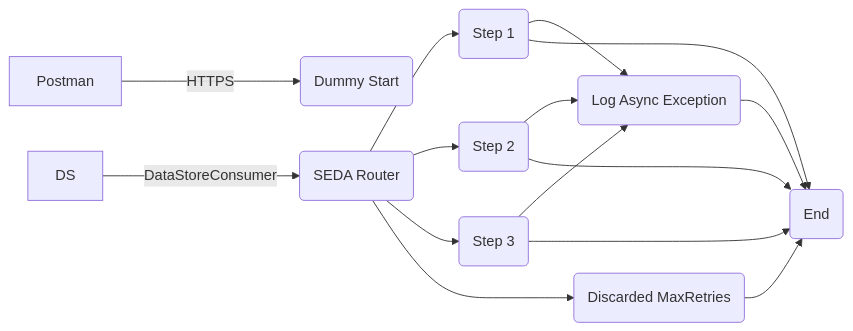
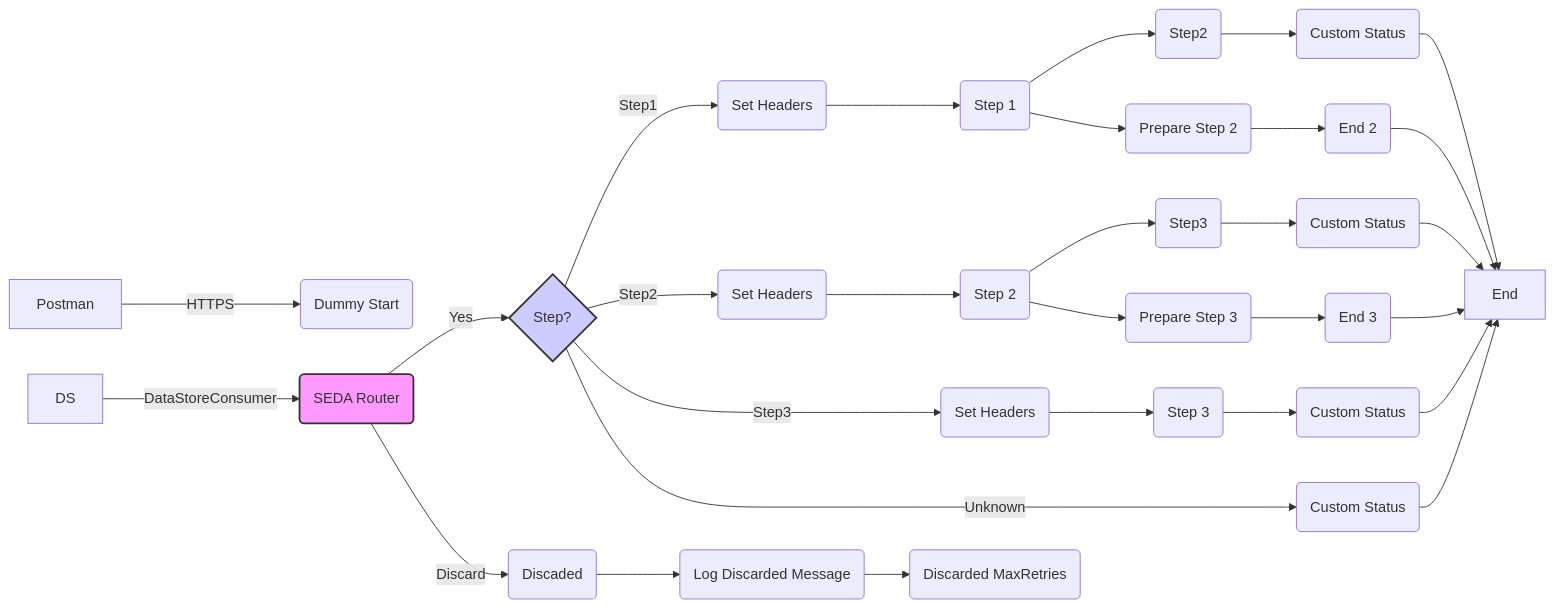
Before and after one commit to Avvale-IA-CICD/AvvaleCPI: the diagram in MMZ - Cell Iflows/SEDA_Model_-_Single_DS_-_Restart_and_Discard_MMZ-1.0.1/readme.md, drawn with Mermaid. The commit also changed other lines of this file, not shown here.

Commit message:
Add/update documentation for SEDA_Model_-_Single_DS_-_Restart_and_Discard_MMZ v1.0.1

````diff
--- a/MMZ - Cell Iflows/SEDA_Model_-_Single_DS_-_Restart_and_Discard_MMZ-1.0.1/readme.md
+++ b/MMZ - Cell Iflows/SEDA_Model_-_Single_DS_-_Restart_and_Discard_MMZ-1.0.1/readme.md
@@ -4,28 +4,35 @@
 ```mermaid
 graph LR
-    Postman[Postman]
-    DS[DS]
-    DummyStart(Dummy Start)
-    SEDARouter(SEDA Router)
-    Step1(Step 1)
-    Step2(Step 2)
-    Step3(Step 3)
-    LogAsyncException(Log Async Exception)
-    DiscardedMaxRetries(Discarded MaxRetries)
-    End(End)
+    Postman -->|HTTPS| DummyStart(Dummy Start)
+    DS -->|DataStoreConsumer| SEDARouter(SEDA Router)
+    SEDARouter -- Yes --> StepDecision{Step?}
+    StepDecision -- Step1 --> SetHeaders1(Set Headers)
+    StepDecision -- Step2 --> SetHeaders2(Set Headers)
+    StepDecision -- Step3 --> SetHeaders3(Set Headers)
+    StepDecision -- Unknown --> CustomStatusUnknown(Custom Status)
+    SetHeaders1 --> Step1(Step 1)
+    SetHeaders2 --> Step2(Step 2)
+    SetHeaders3 --> Step3ProcessCall(Step 3)
+    Step1 --> Step2DBStorage(Step2)
+    Step2 --> Step3DBStorage(Step3)
+    Step3ProcessCall --> CustomStatusStep3(Custom Status)
+    Step2DBStorage --> CustomStatusStep1(Custom Status)
+    Step3DBStorage --> CustomStatusStep2(Custom Status)
+    CustomStatusStep1 --> End
+    CustomStatusStep2 --> End
+    CustomStatusStep3 --> End
+    CustomStatusUnknown --> End
+    SEDARouter -- Discard --> CustomStatusDiscard(Discaded)
+    CustomStatusDiscard --> LogDiscardedMessage(Log Discarded Message)
+    LogDiscardedMessage --> EndDiscard(Discarded MaxRetries)
+    Step1 --> PrepareStep2(Prepare Step 2)
+    PrepareStep2 --> EndStep1(End 2)
+    Step2 --> PrepareStep3(Prepare Step 3)
+    PrepareStep3 --> EndStep2(End 3)
+    EndStep1 --> End
+    EndStep2 --> End
 
-    Postman -- HTTPS --> DummyStart
-    DS -- DataStoreConsumer --> SEDARouter
-    SEDARouter --> Step1
-    SEDARouter --> Step2
-    SEDARouter --> Step3
-    SEDARouter --> DiscardedMaxRetries
-    Step1 --> LogAsyncException
-    Step2 --> LogAsyncException
-    Step3 --> LogAsyncException
-    Step1 --> End
-    Step2 --> End
-    Step3 --> End
-    DiscardedMaxRetries --> End
-    LogAsyncException --> End
+    style SEDARouter fill:#f9f,stroke:#333,stroke-width:2px
+    style StepDecision fill:#ccf,stroke:#333,stroke-width:2px
+
 ```
````
